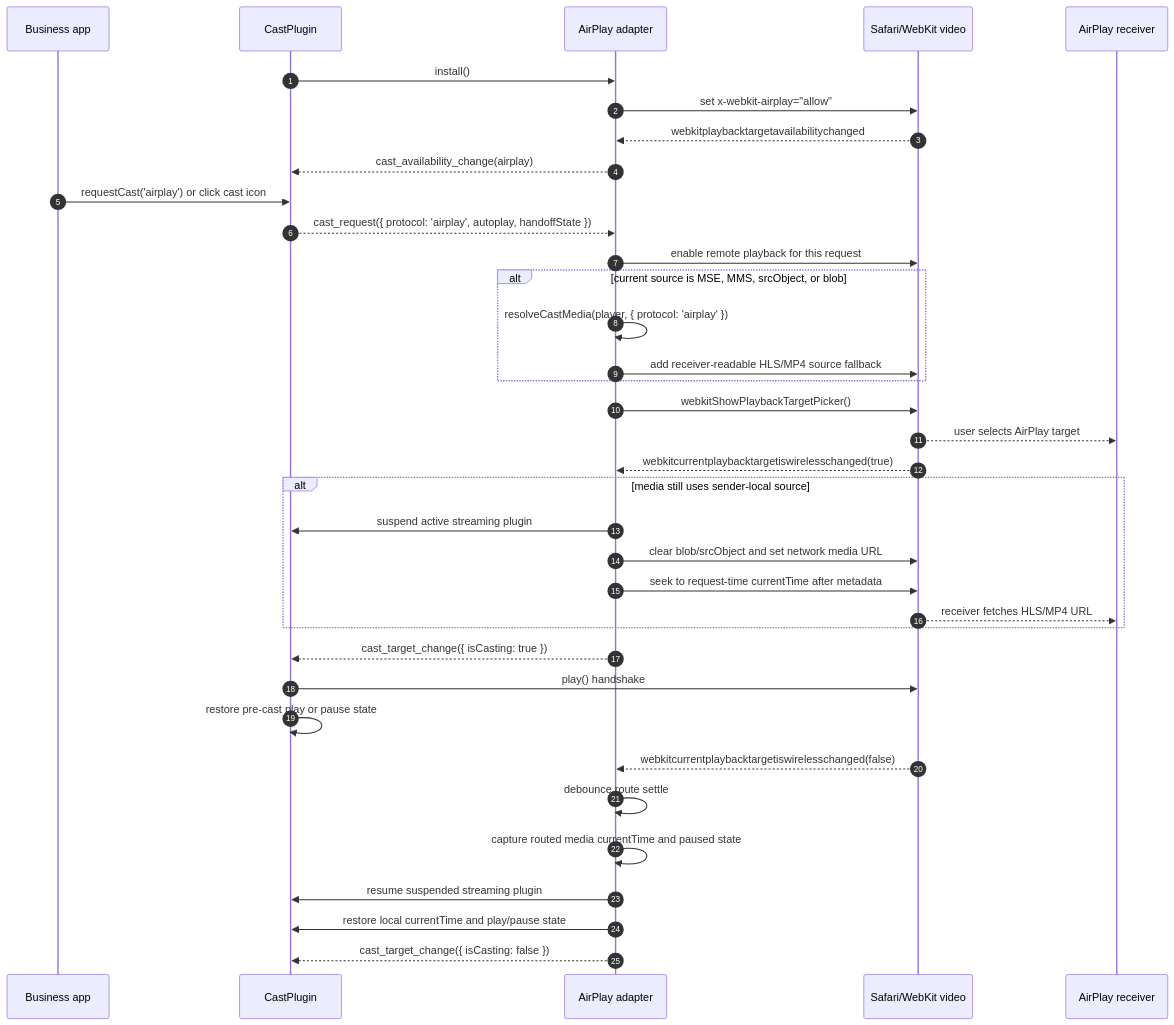
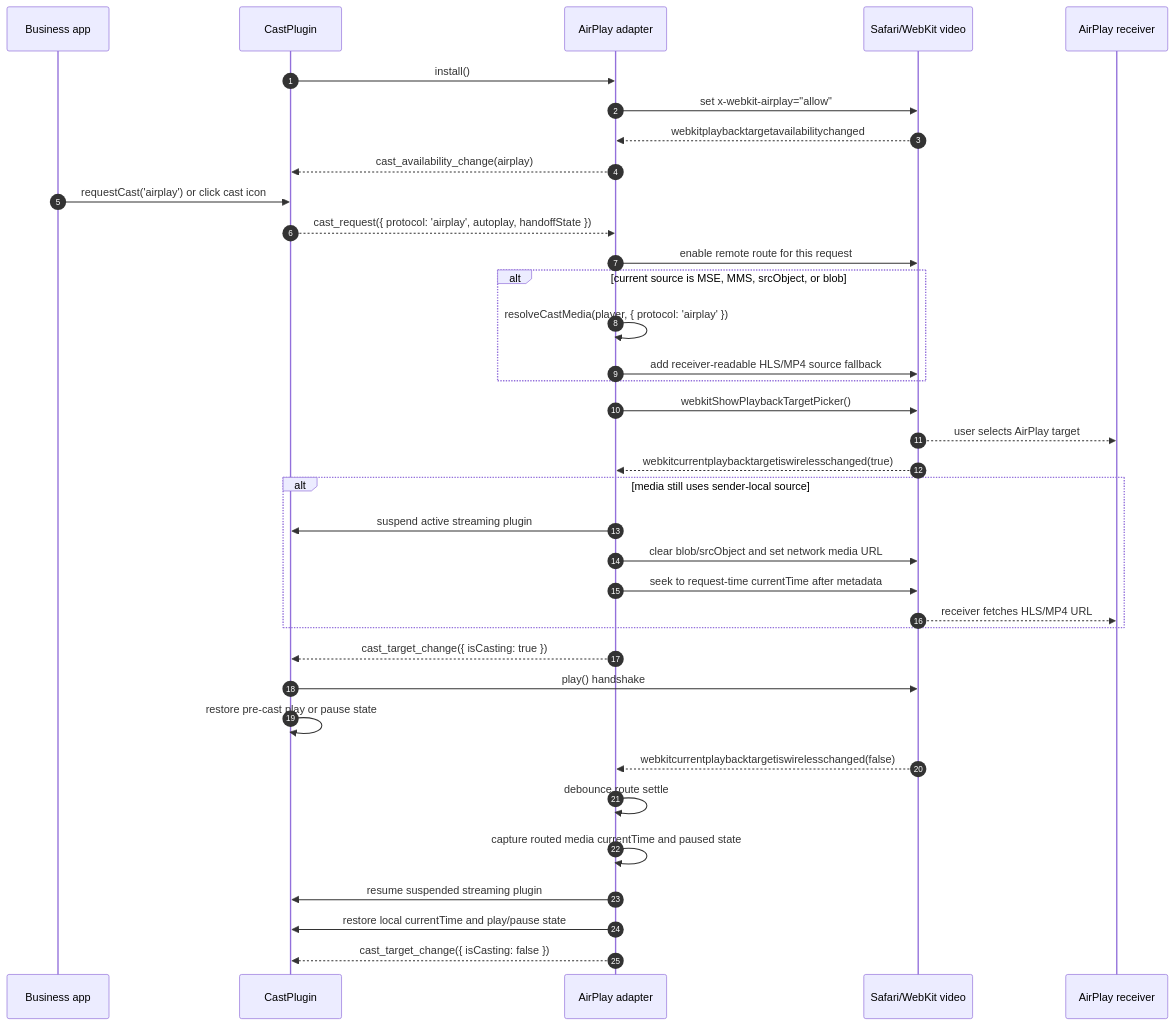
One commit to bytedance/xgplayer changed the second of 2 diagrams in packages/xgplayer-cast/README.md. Above: the diagram before and after it, drawn with Mermaid. The commit also changed other lines of this file, not shown here.

````diff
--- a/packages/xgplayer-cast/README.md
+++ b/packages/xgplayer-cast/README.md
@@ -223,45 +210,45 @@
 ```mermaid
 sequenceDiagram
   autonumber
   participant App as Business app
   participant Plugin as CastPlugin
   participant AirPlay as AirPlay adapter
   participant WebKit as Safari/WebKit video
   participant Receiver as AirPlay receiver
 
   Plugin->>AirPlay: install()
   AirPlay->>WebKit: set x-webkit-airplay="allow"
   WebKit-->>AirPlay: webkitplaybacktargetavailabilitychanged
   AirPlay-->>Plugin: cast_availability_change(airplay)
 
   App->>Plugin: requestCast('airplay') or click cast icon
   Plugin-->>AirPlay: cast_request({ protocol: 'airplay', autoplay, handoffState })
-  AirPlay->>WebKit: enable remote playback for this request
+  AirPlay->>WebKit: enable remote route for this request
 
   alt current source is MSE, MMS, srcObject, or blob
     AirPlay->>AirPlay: resolveCastMedia(player, { protocol: 'airplay' })
     AirPlay->>WebKit: add receiver-readable HLS/MP4 source fallback
   end
 
   AirPlay->>WebKit: webkitShowPlaybackTargetPicker()
   WebKit-->>Receiver: user selects AirPlay target
   WebKit-->>AirPlay: webkitcurrentplaybacktargetiswirelesschanged(true)
 
   alt media still uses sender-local source
     AirPlay->>Plugin: suspend active streaming plugin
     AirPlay->>WebKit: clear blob/srcObject and set network media URL
     AirPlay->>WebKit: seek to request-time currentTime after metadata
     WebKit-->>Receiver: receiver fetches HLS/MP4 URL
   end
 
   AirPlay-->>Plugin: cast_target_change({ isCasting: true })
   Plugin->>WebKit: play() handshake
   Plugin->>Plugin: restore pre-cast play or pause state
 
   WebKit-->>AirPlay: webkitcurrentplaybacktargetiswirelesschanged(false)
   AirPlay->>AirPlay: debounce route settle
   AirPlay->>AirPlay: capture routed media currentTime and paused state
   AirPlay->>Plugin: resume suspended streaming plugin
   AirPlay->>Plugin: restore local currentTime and play/pause state
   AirPlay-->>Plugin: cast_target_change({ isCasting: false })
 ```
````
